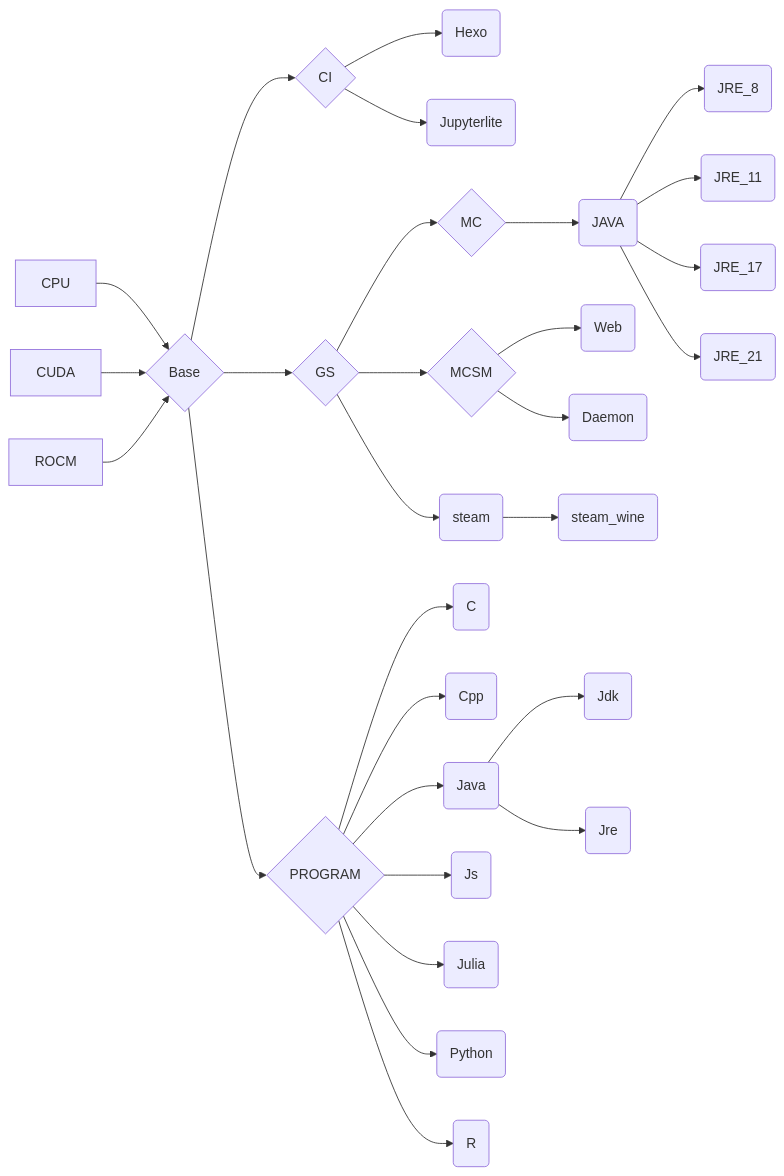
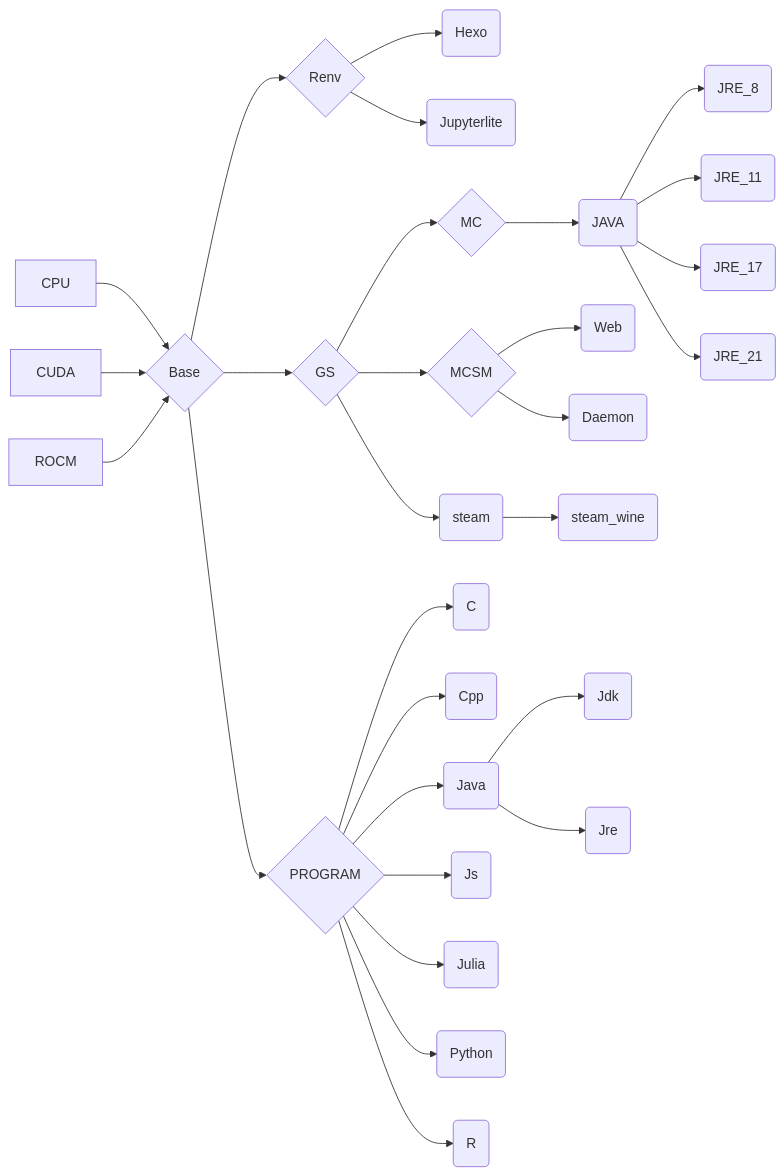
Before and after one commit to eoeair/cenv: the diagram in README.md, drawn with Mermaid. The commit also changed other lines of this file and 5 other files, not shown here.

````diff
--- a/README.md
+++ b/README.md
@@ -34,33 +34,33 @@
 ```mermaid
 graph LR
 
 CPU-->B{Base}
 CUDA-->B
 ROCM-->B
 
-B-->C{CI}
+B-->C{Renv}
 C-->CA(Hexo)
 C-->CB(Jupyterlite)
 
 B-->G{GS}-->GA{MC}-->GAA(JAVA)
 GAA-->GAAA(JRE_8)
 GAA-->GAAB(JRE_11)
 GAA-->GAAC(JRE_17)
 GAA-->GAAD(JRE_21)
 
 G-->GB{MCSM}-->GBA(Web)
 GB-->GBB(Daemon)
 
 G-->GC(steam)-->GCA(steam_wine)
 
 B-->P{PROGRAM}
 P-->PA(C)
 P-->PB(Cpp)
 P-->PC(Java)
 PC-->PCA(Jdk)
 PC-->PCB(Jre)
 P-->PD(Js)
 P-->PE(Julia)
 P-->PF(Python)
 P-->PG(R)
 ```
````
